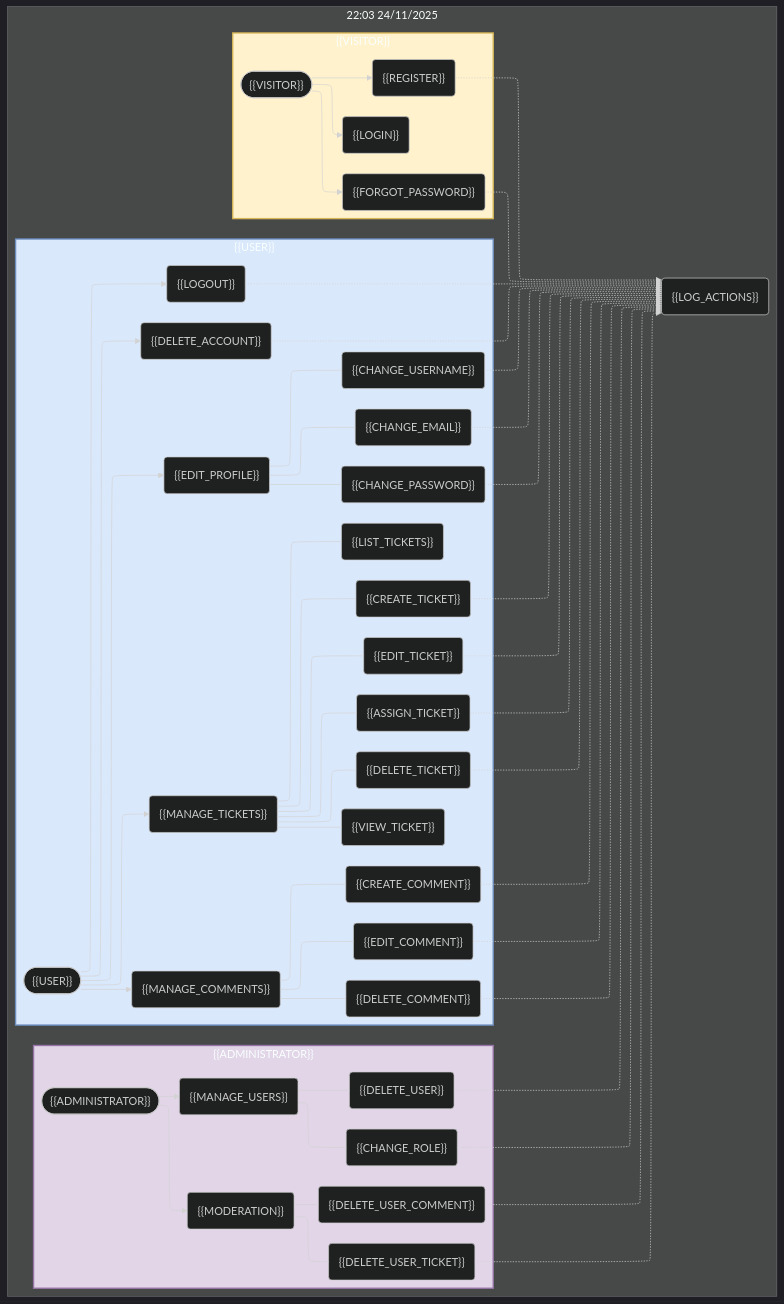
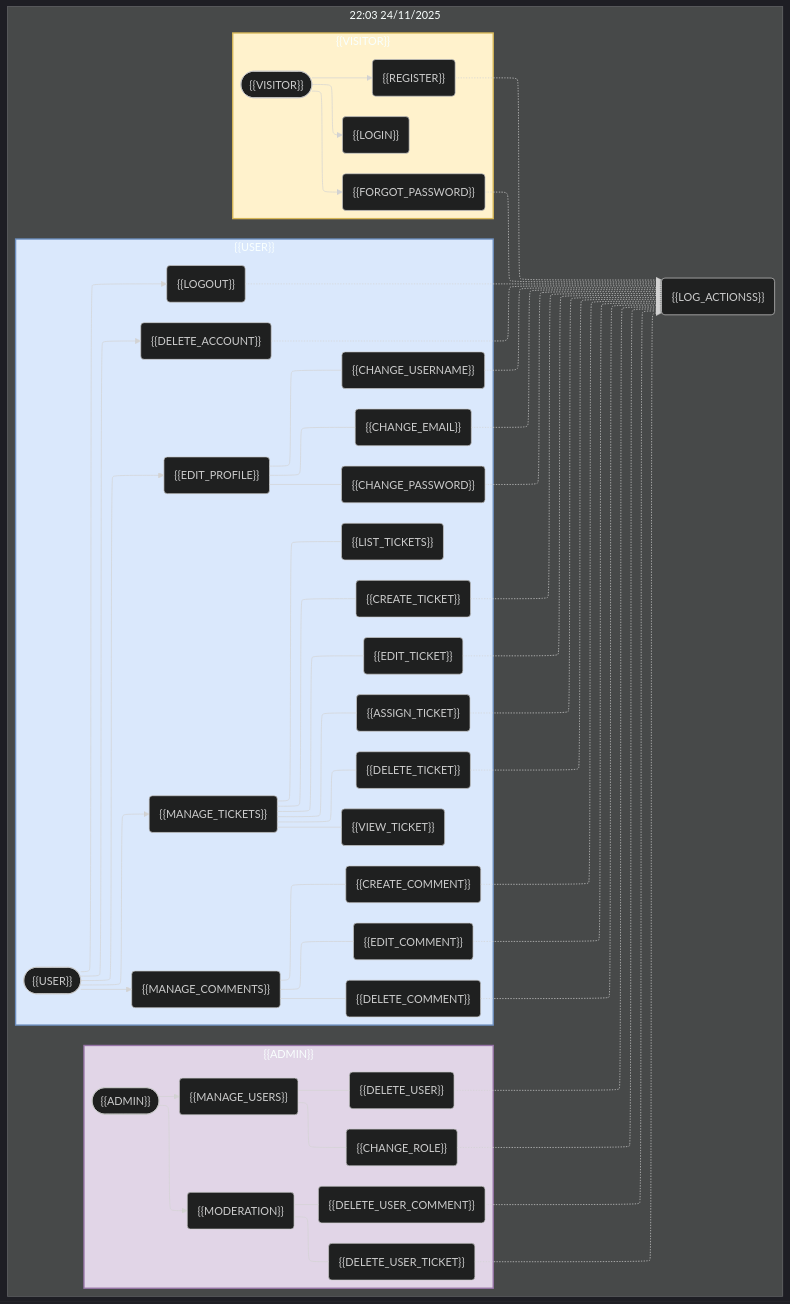
Before and after one commit to lchouville/NexaCore: the diagram in Documents/Edition-files/userCase.mmd, drawn with Mermaid. The commit also changed 148 other files, not shown here.

Commit message:
Add French translations for UI elements, API backend, architecture, database tables, fields, and types; remove outdated French translations; add English translations for new keys; update README with usage instructions.

```diff
--- a/Documents/Edition-files/userCase.mmd
+++ b/Documents/Edition-files/userCase.mmd
@@ -1,75 +1,75 @@
 ---
 config:
     theme: dark
     look: classic
     layout: elk
 ---
 flowchart LR
 subgraph date["22:03 24/11/2025"]
 %% Bloc Define 
 subgraph VIS["{{VISITOR}}"]
 Visitor(["{{VISITOR}}"])
 Login("{{LOGIN}}")
 Register("{{REGISTER}}")
 ForgotPW("{{FORGOT_PASSWORD}}")
 end
 subgraph USR["{{USER}}"]
 User(["{{USER}}"])
 Logout("{{LOGOUT}}")
 DelAccount("{{DELETE_ACCOUNT}}")
 EditProfile("{{EDIT_PROFILE}}")
 Tickets("{{MANAGE_TICKETS}}")
 Comments("{{MANAGE_COMMENTS}}")
 Pseudo("{{CHANGE_USERNAME}}")
 Email("{{CHANGE_EMAIL}}")
 Password("{{CHANGE_PASSWORD}}")
 CreateTicket("{{CREATE_TICKET}}")
 ListTicket("{{LIST_TICKETS}}")
 ViewTicket("{{VIEW_TICKET}}")
 EditTicket("{{EDIT_TICKET}}")
 AssignTicket("{{ASSIGN_TICKET}}")
 DeleteTicket("{{DELETE_TICKET}}")
 CreateComment("{{CREATE_COMMENT}}")
 EditComment("{{EDIT_COMMENT}}")
 DeleteComment("{{DELETE_COMMENT}}")
 end
-subgraph ADM["{{ADMINISTRATOR}}"]
-Admin(["{{ADMINISTRATOR}}"])
+subgraph ADM["{{ADMIN}}"]
+Admin(["{{ADMIN}}"])
 MngUsers("{{MANAGE_USERS}}")
 Moderation("{{MODERATION}}")
 DeleteUser("{{DELETE_USER}}")
 ChangeRole("{{CHANGE_ROLE}}")
 DeleteTicketMod("{{DELETE_USER_TICKET}}")
 DeleteCommentMod("{{DELETE_USER_COMMENT}}")
 end
 %% Relation declaration
 Visitor --> Login & Register & ForgotPW
 User --> Logout & DelAccount & EditProfile & Tickets & Comments
 EditProfile --- Pseudo & Email & Password
 Tickets --- CreateTicket & ListTicket & ViewTicket & EditTicket & AssignTicket & DeleteTicket
 Comments --- CreateComment & EditComment & DeleteComment
 Admin --> MngUsers & Moderation
 MngUsers --- DeleteUser & ChangeRole
 Moderation --- DeleteTicketMod & DeleteCommentMod
-Register -.-> Journal("{{LOG_ACTIONS}}")
+Register -.-> Journal("{{LOG_ACTIONSS}}")
 ForgotPW -.-> Journal
 Logout -.-> Journal
 DelAccount -.-> Journal
 Pseudo -.-> Journal
 Email -.-> Journal
 Password -.-> Journal
 CreateTicket -.-> Journal
 EditTicket -.-> Journal
 AssignTicket -.-> Journal
 DeleteTicket -.-> Journal
 CreateComment -.-> Journal
 EditComment -.-> Journal
 DeleteComment -.-> Journal
 DeleteUser -.-> Journal
 ChangeRole -.-> Journal
 DeleteTicketMod -.-> Journal
 DeleteCommentMod -.-> Journal
 style VIS fill:#FFF2CC,stroke:#d6b656,stroke-width:2px
 style USR fill:#DAE8FC,stroke:#6c8ebf,stroke-width:2px
 style ADM fill:#E1D5E7,stroke:#9673a6,stroke-width:2px
 end
```
